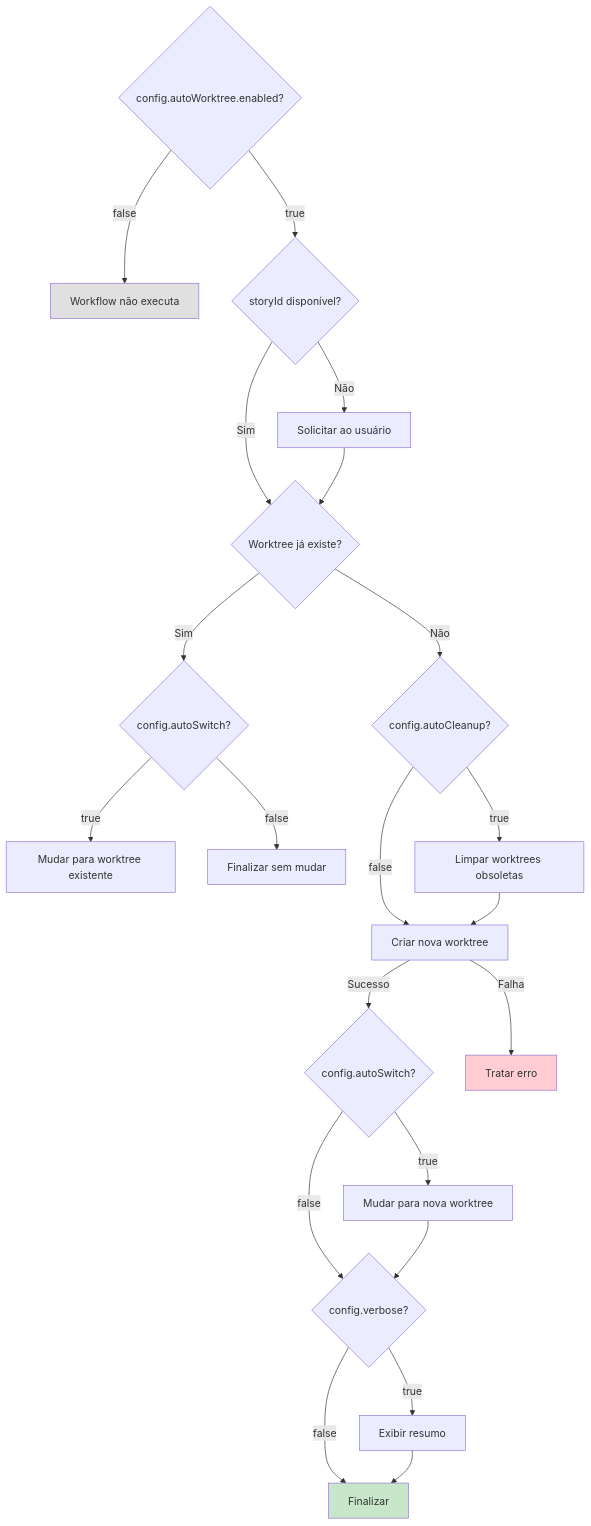
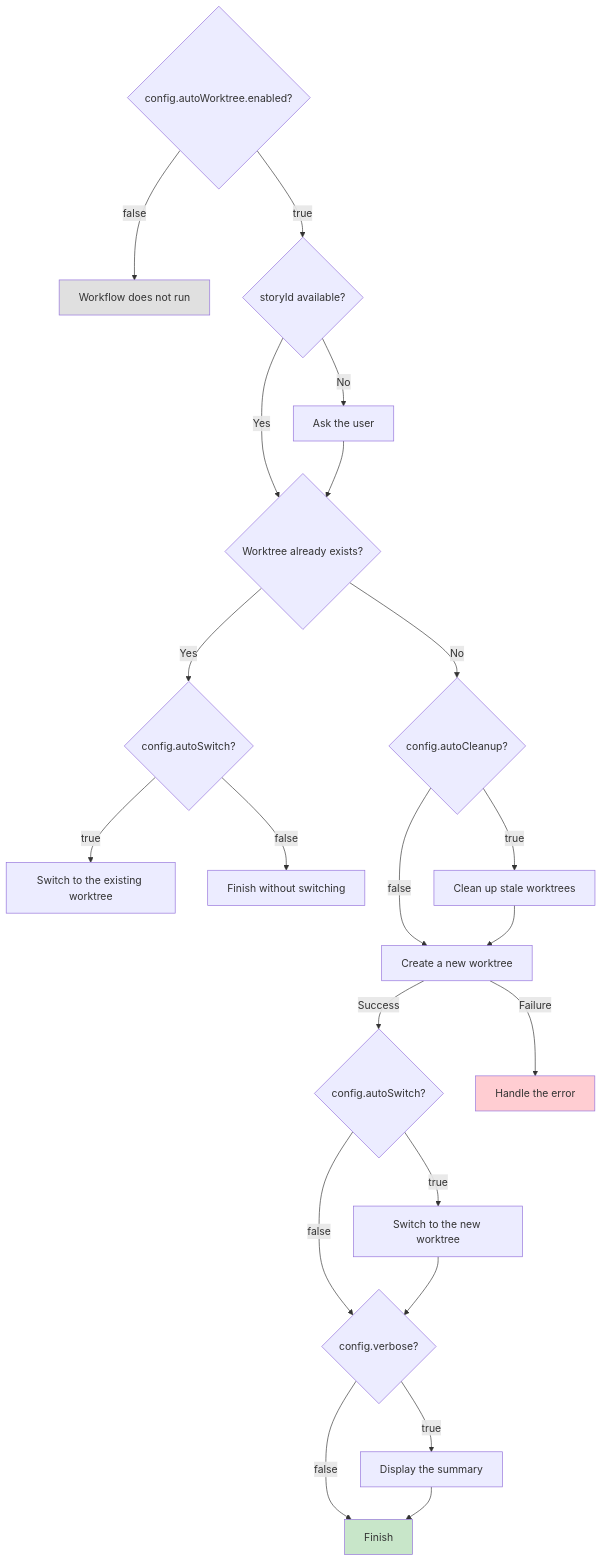
Before and after one commit to CyryxLabs/AEXOS: the fourth of 5 diagrams in docs/aexos-workflows/auto-worktree-workflow.md, drawn with Mermaid. The commit also changed other lines of this file and 528 other files, not shown here.

````diff
--- a/docs/aexos-workflows/auto-worktree-workflow.md
+++ b/docs/aexos-workflows/auto-worktree-workflow.md
@@ -530,41 +530,41 @@
 ```mermaid
 flowchart TD
     D1{config.autoWorktree.enabled?}
-    D1 -->|false| SKIP[Workflow não executa]
+    D1 -->|false| SKIP[Workflow does not run]
     D1 -->|true| D2
 
-    D2{storyId disponível?}
-    D2 -->|Não| PROMPT[Solicitar ao usuário]
-    D2 -->|Sim| D3
+    D2{storyId available?}
+    D2 -->|No| PROMPT[Ask the user]
+    D2 -->|Yes| D3
     PROMPT --> D3
 
-    D3{Worktree já existe?}
-    D3 -->|Sim| D4
-    D3 -->|Não| D5
+    D3{Worktree already exists?}
+    D3 -->|Yes| D4
+    D3 -->|No| D5
 
     D4{config.autoSwitch?}
-    D4 -->|true| SWITCH[Mudar para worktree existente]
-    D4 -->|false| DONE[Finalizar sem mudar]
+    D4 -->|true| SWITCH[Switch to the existing worktree]
+    D4 -->|false| DONE[Finish without switching]
 
     D5{config.autoCleanup?}
-    D5 -->|true| CLEANUP[Limpar worktrees obsoletas]
+    D5 -->|true| CLEANUP[Clean up stale worktrees]
     D5 -->|false| CREATE
-    CLEANUP --> CREATE[Criar nova worktree]
+    CLEANUP --> CREATE[Create a new worktree]
 
-    CREATE -->|Sucesso| D6
-    CREATE -->|Falha| ERROR[Tratar erro]
+    CREATE -->|Success| D6
+    CREATE -->|Failure| ERROR[Handle the error]
 
     D6{config.autoSwitch?}
-    D6 -->|true| SWITCH2[Mudar para nova worktree]
+    D6 -->|true| SWITCH2[Switch to the new worktree]
     D6 -->|false| D7
     SWITCH2 --> D7
 
     D7{config.verbose?}
-    D7 -->|true| SUMMARY[Exibir resumo]
-    D7 -->|false| FINISH[Finalizar]
+    D7 -->|true| SUMMARY[Display the summary]
+    D7 -->|false| FINISH[Finish]
     SUMMARY --> FINISH
 
     style SKIP fill:#e0e0e0
     style ERROR fill:#ffcdd2
     style FINISH fill:#c8e6c9
 ```
````
